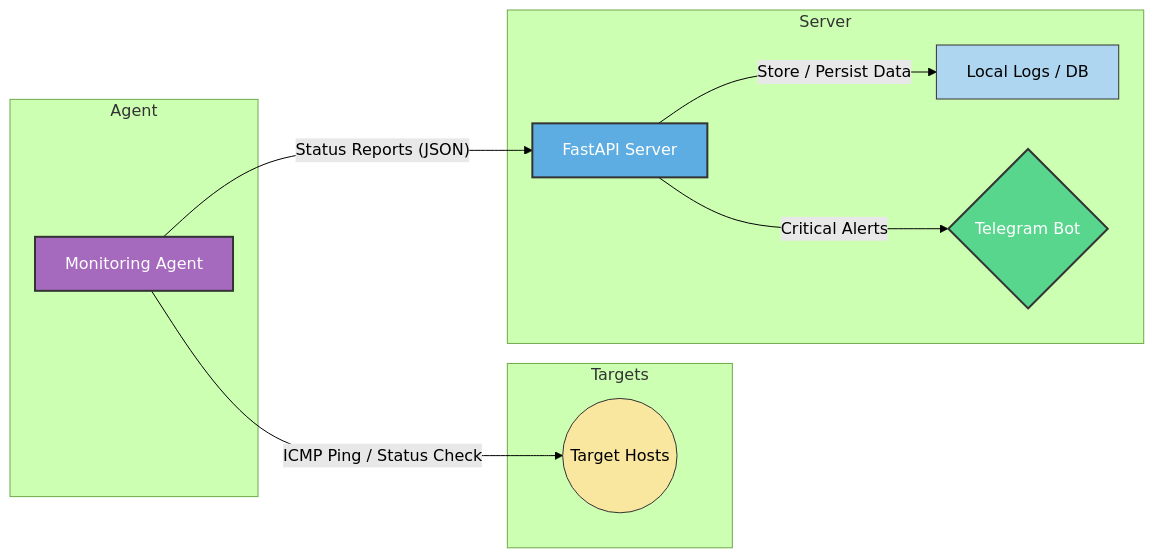
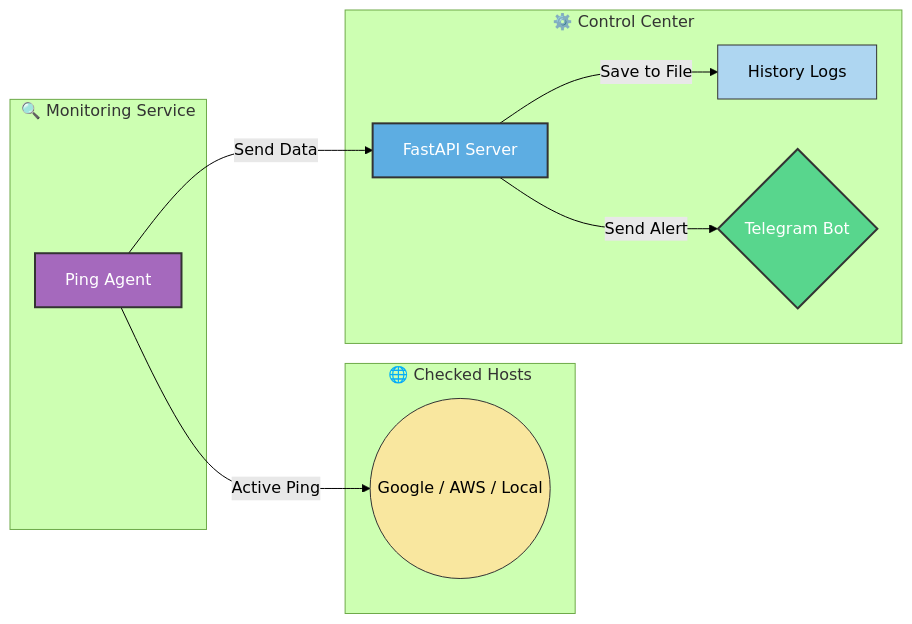
One commit to maksim-kameko/distributed-network-monitor changed the diagram in README.md. Above: the diagram before and after it, drawn with Mermaid (forest theme). The commit also changed other lines of this file, not shown here.

Commit message:
Revise architecture section and data flow diagram
Updated the architecture section to reflect the new naming conventions and improved clarity in the data flow.

````diff
--- a/README.md
+++ b/README.md
@@ -18,29 +18,29 @@
 ```mermaid
 graph LR
-    subgraph Agent
-        A[Monitoring Agent] 
+    subgraph Monitor ["🔍 Monitoring Service"]
+        A[Ping Agent] 
     end
 
-    subgraph Targets
-        B((Target Hosts))
+    subgraph Targets ["🌐 Checked Hosts"]
+        B((Google / AWS / Local))
     end
 
-    subgraph Server
+    subgraph Backend ["⚙️ Control Center"]
         C[FastAPI Server]
-        D[Local Logs / DB]
+        D[History Logs]
         E{Telegram Bot}
     end
 
-    %% Flow
-    A -- "ICMP Ping / Status Check" --> B
-    A -- "Status Reports (JSON)" --> C
-    C -- "Store / Persist Data" --> D
-    C -- "Critical Alerts" --> E
+    %% Przepływ danych
+    A -- "Active Ping" --> B
+    A -- "Send Data" --> C
+    C -- "Save to File" --> D
+    C -- "Send Alert" --> E
 
-    %% Style with WHITE text for dark backgrounds and BLACK for light ones
+    %% Kolory i Kontrast
     style A fill:#a569bd,stroke:#333,stroke-width:2px,color:#fff
     style B fill:#f9e79f,stroke:#333,stroke-width:1px,color:#000
     style C fill:#5dade2,stroke:#333,stroke-width:2px,color:#fff
     style D fill:#aed6f1,stroke:#333,stroke-width:1px,color:#000
     style E fill:#58d68d,stroke:#333,stroke-width:2px,color:#fff
 ```
````
